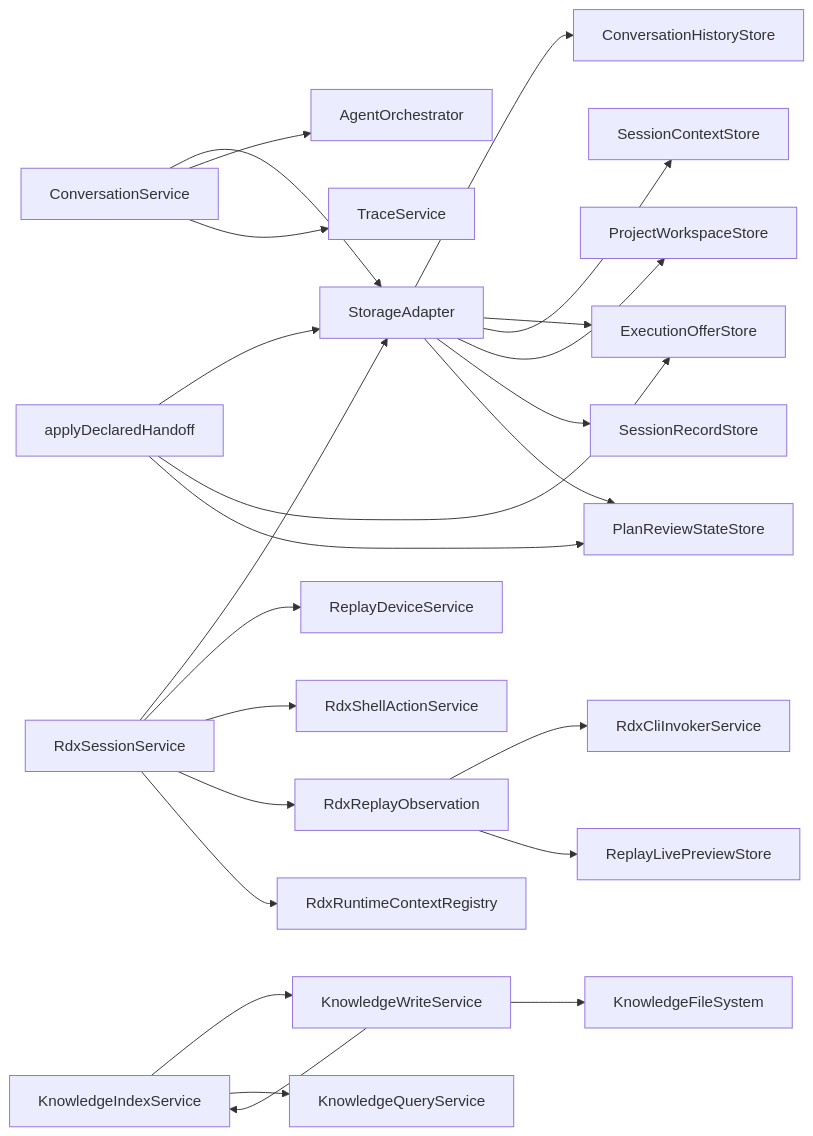
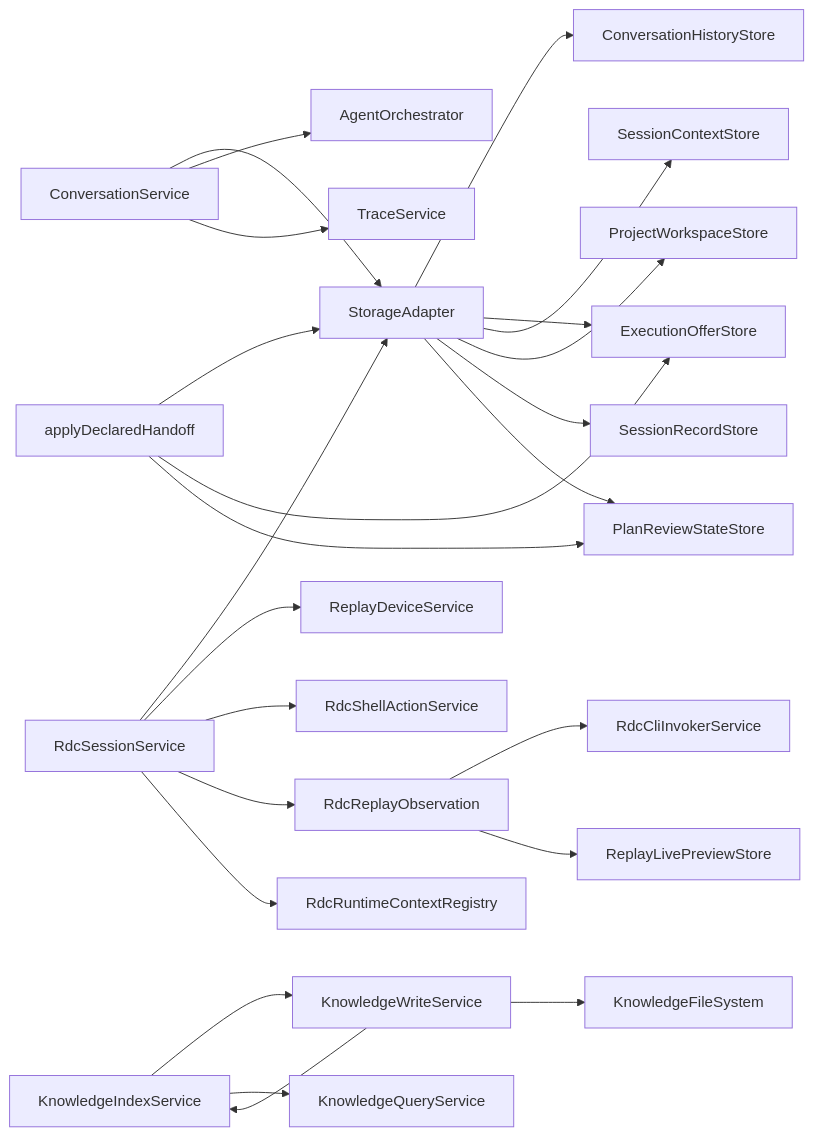
Before and after one commit to haolange/RDC-Agent: the ninth of 9 diagrams in .qoder/repowiki/zh/content/核心模块/会话管理系统/会话管理系统.md, drawn with Mermaid. The commit also changed other lines of this file and 557 other files, not shown here.

````diff
--- a/.qoder/repowiki/zh/content/核心模块/会话管理系统/会话管理系统.md
+++ b/.qoder/repowiki/zh/content/核心模块/会话管理系统/会话管理系统.md
@@ -531,26 +531,26 @@
 ```mermaid
 graph LR
 CS["ConversationService"] --> SA["StorageAdapter"]
 CS --> AO["AgentOrchestrator"]
 CS --> TS["TraceService"]
-RS["RdxSessionService"] --> SA
+RS["RdcSessionService"] --> SA
 RS --> RDS["ReplayDeviceService"]
-RS --> RSA["RdxShellActionService"]
-RS --> RRO["RdxReplayObservation"]
-RS --> RRCR["RdxRuntimeContextRegistry"]
+RS --> RSA["RdcShellActionService"]
+RS --> RRO["RdcReplayObservation"]
+RS --> RRCR["RdcRuntimeContextRegistry"]
 SA --> CHS["ConversationHistoryStore"]
 SA --> EOS["ExecutionOfferStore"]
 SA --> SCJ["SessionContextStore"]
 SA --> PWS["ProjectWorkspaceStore"]
 SA --> SRS["SessionRecordStore"]
 SA --> PRS["PlanReviewStateStore"]
 ADH["applyDeclaredHandoff"] --> SA
 ADH --> EOS
 ADH --> PRS
 KIS["KnowledgeImportService"] --> KWS["KnowledgeWriteService"]
 KIS --> KQS["KnowledgeQueryService"]
 KWS --> KIS["KnowledgeIndexService"]
 KWS --> KFS["KnowledgeFileSystem"]
-RRO --> RCIS["RdxCliInvokerService"]
+RRO --> RCIS["RdcCliInvokerService"]
 RRO --> RLPS["ReplayLivePreviewStore"]
 ```
````
